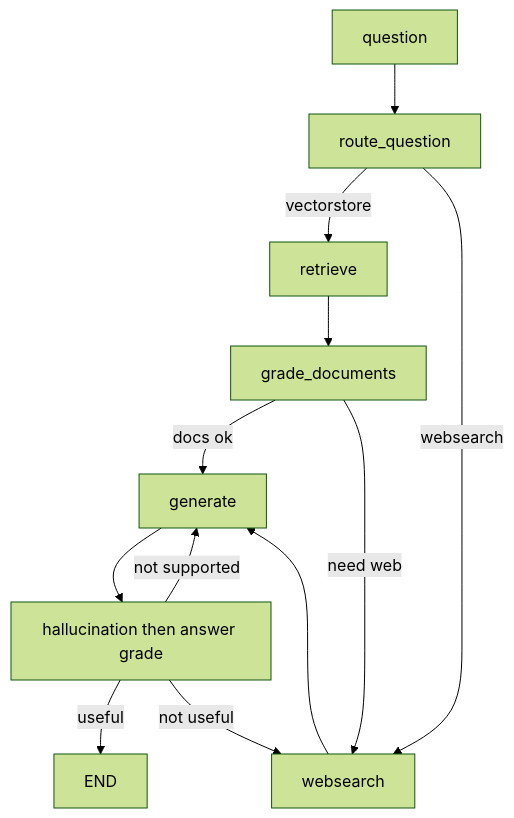
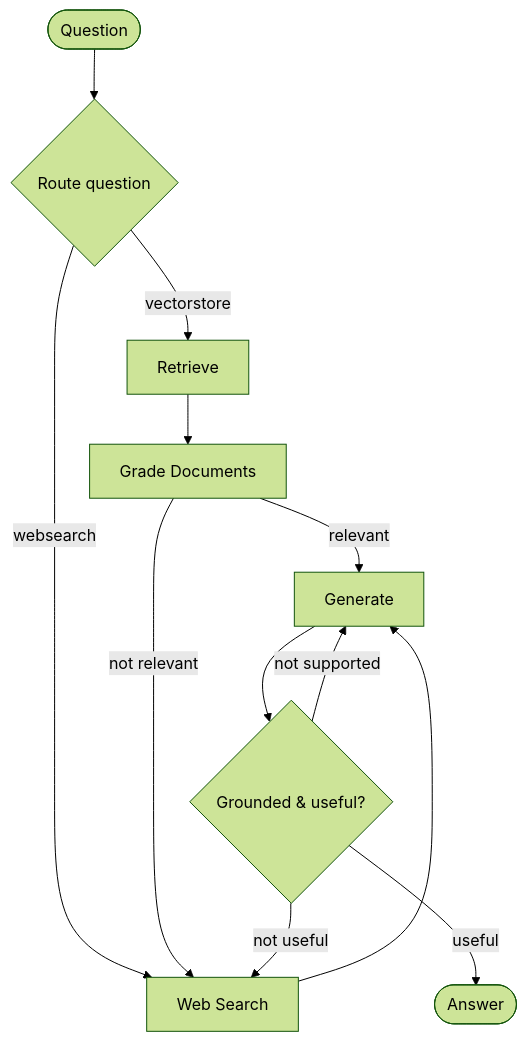
The diagram in README.md (jkv8fwytbf-byte/Agentic_Rag_langgraph), drawn with Mermaid (forest theme) before and after one commit. The commit also changed other lines of this file, not shown here.

Commit message:
Add project README with setup, architecture, and usage.

````diff
--- a/README.md
+++ b/README.md
@@ -39,14 +17,14 @@
 ```mermaid
 flowchart TD
-  start[question] --> route[route_question]
-  route -->|vectorstore| retrieve[retrieve]
-  route -->|websearch| websearch[websearch]
-  retrieve --> gradeDocs[grade_documents]
-  gradeDocs -->|docs ok| generate[generate]
-  gradeDocs -->|need web| websearch
-  websearch --> generate
-  generate --> check[hallucination then answer grade]
-  check -->|useful| done[END]
-  check -->|not supported| generate
-  check -->|not useful| websearch
+    Start([Question]) --> Router{Route question}
+    Router -->|vectorstore| Retrieve[Retrieve]
+    Router -->|websearch| WebSearch[Web Search]
+    Retrieve --> GradeDocs[Grade Documents]
+    GradeDocs -->|relevant| Generate[Generate]
+    GradeDocs -->|not relevant| WebSearch
+    WebSearch --> Generate
+    Generate --> GradeAns{Grounded & useful?}
+    GradeAns -->|not supported| Generate
+    GradeAns -->|not useful| WebSearch
+    GradeAns -->|useful| End([Answer])
 ```
````
